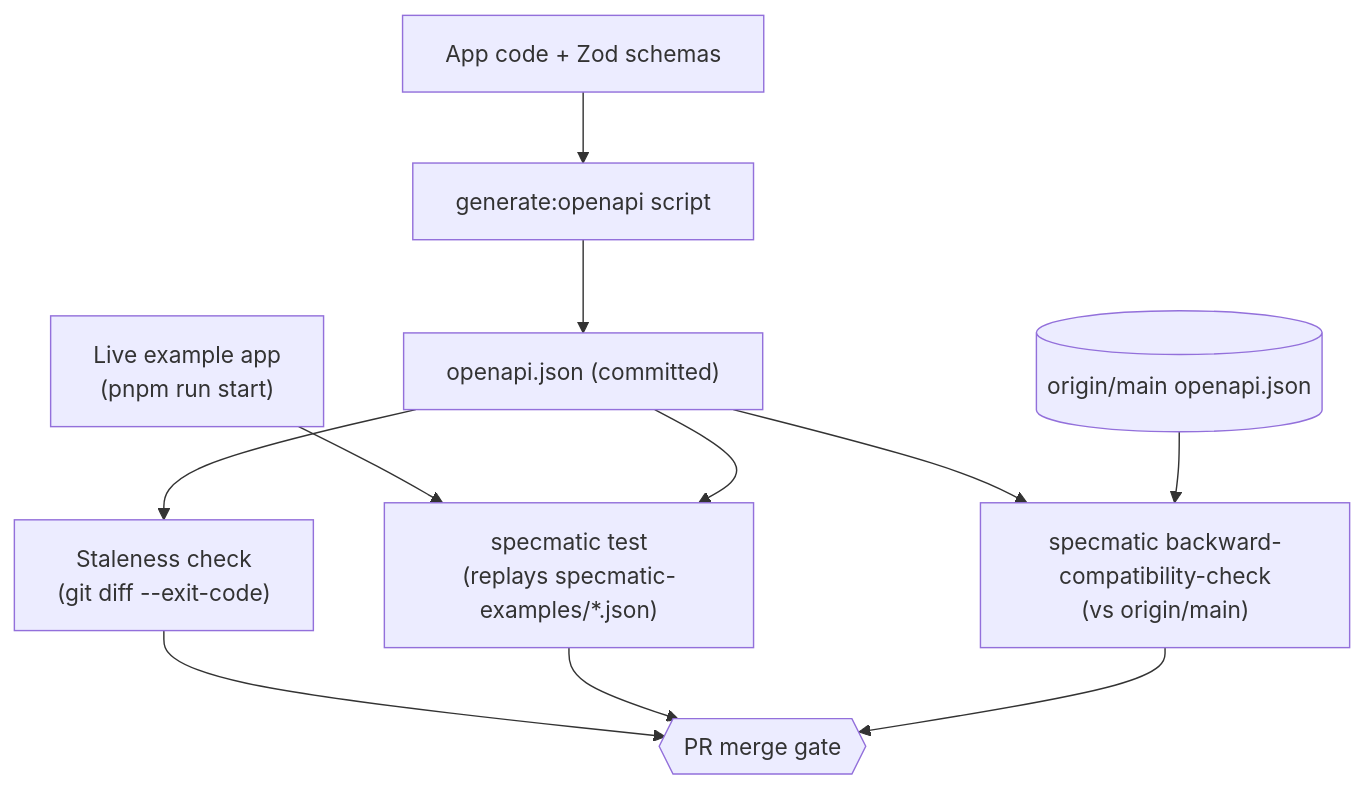
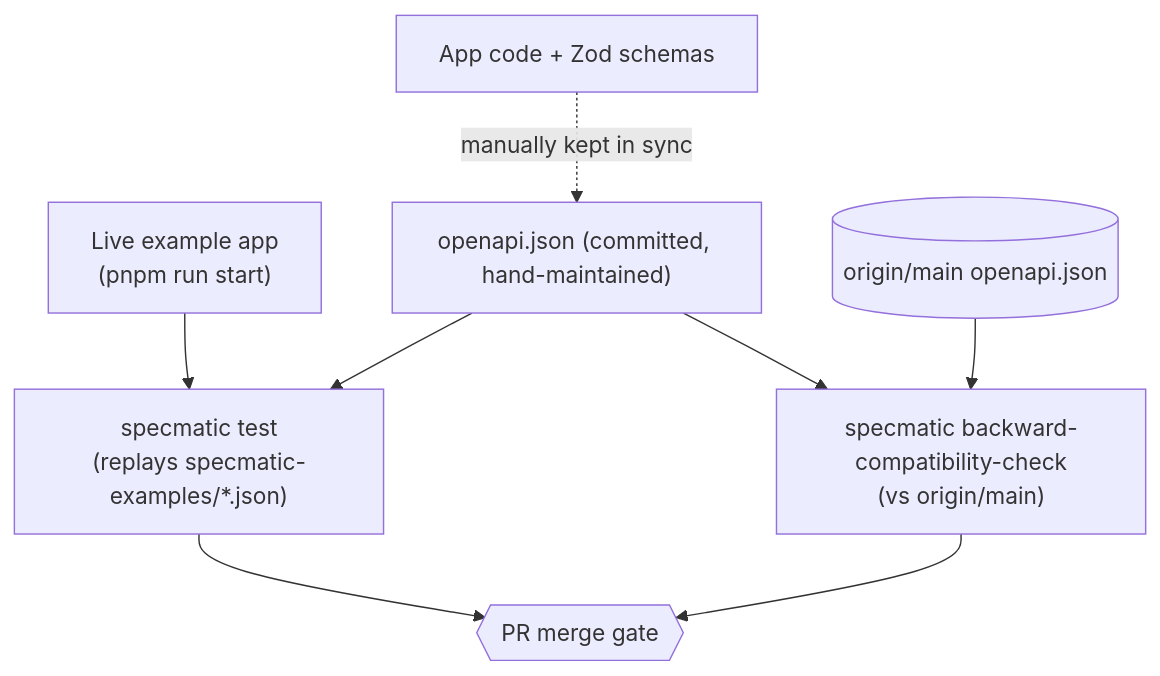
Before and after one commit to BenLorantfy/nestjs-zod: the second of 2 diagrams in SPECMATIC.md, drawn with Mermaid. The commit also changed other lines of this file and 10 other files, not shown here.

First line of the commit message:
refactor: drop CLI Specmatic scaffolding and static openapi.json generation

````diff
--- a/SPECMATIC.md
+++ b/SPECMATIC.md
@@ -102,17 +103,13 @@
 ```mermaid
 flowchart TD
-    Code["App code + Zod schemas"] --> GenScript["generate:openapi script"]
-    GenScript --> SpecFile["openapi.json (committed)"]
-
-    SpecFile --> StaleCheck["Staleness check\n(git diff --exit-code)"]
+    Code["App code + Zod schemas"] -.->|"manually kept in sync"| SpecFile["openapi.json (committed, hand-maintained)"]
 
     LiveApp["Live example app\n(pnpm run start)"] --> ContractTest["specmatic test\n(replays specmatic-examples/*.json)"]
     SpecFile --> ContractTest
 
     SpecFile --> CompatCheck["specmatic backward-compatibility-check\n(vs origin/main)"]
     MainBranch[("origin/main openapi.json")] --> CompatCheck
 
-    StaleCheck --> Gate{{"PR merge gate"}}
-    ContractTest --> Gate
+    ContractTest --> Gate{{"PR merge gate"}}
     CompatCheck --> Gate
 ```
````
